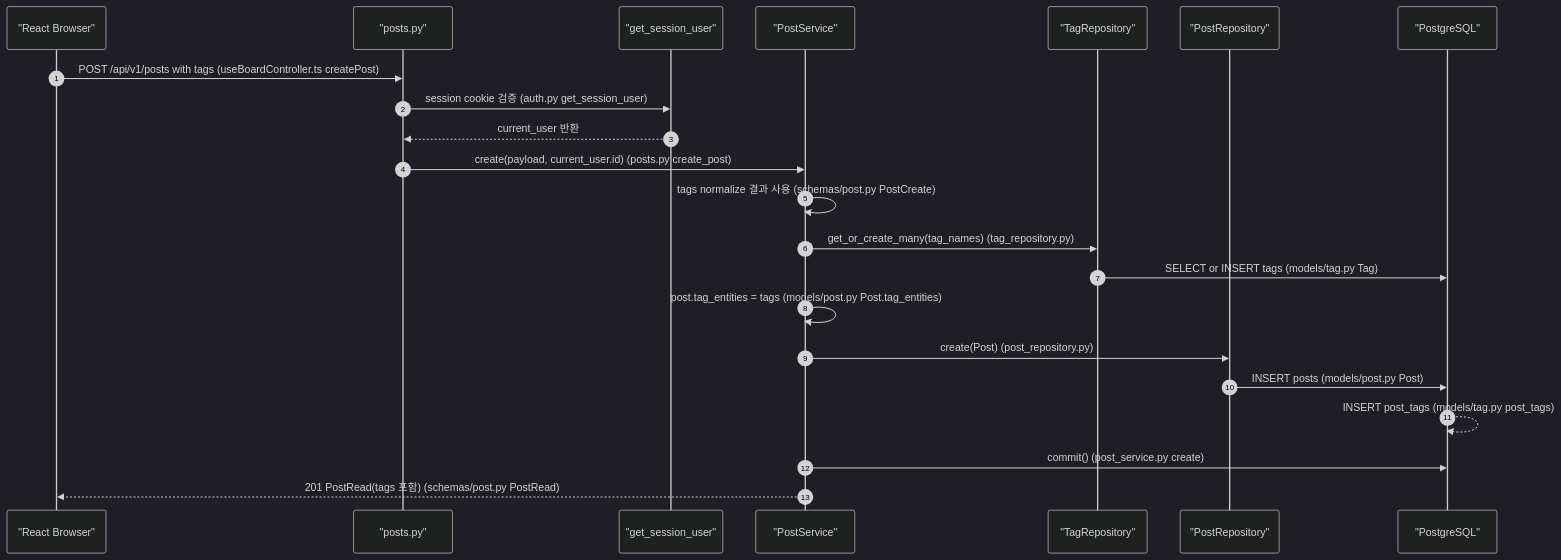
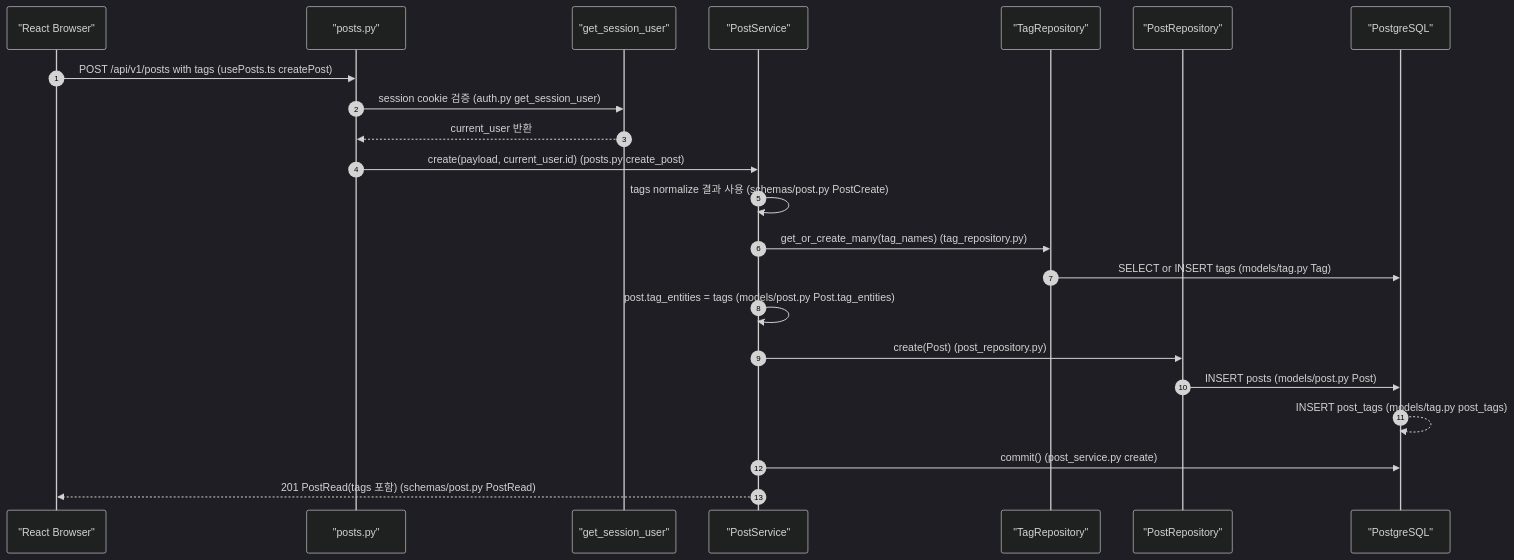
The second of 6 diagrams in docs2/sprint-4/implementation-record.md (JUNGLE-TEAM1/W16_team_sprint), drawn with Mermaid (dark theme) before and after one commit. The commit also changed other lines of this file and 7 other files, not shown here.

````diff
--- a/docs2/sprint-4/implementation-record.md
+++ b/docs2/sprint-4/implementation-record.md
@@ -329,25 +355,25 @@
 ```mermaid
 sequenceDiagram
     autonumber
     participant Browser as "React Browser"
     participant Router as "posts.py"
     participant Auth as "get_session_user"
     participant Service as "PostService"
     participant TagRepo as "TagRepository"
     participant PostRepo as "PostRepository"
     participant DB as "PostgreSQL"
 
-    Browser->>Router: POST /api/v1/posts with tags (useBoardController.ts createPost)
+    Browser->>Router: POST /api/v1/posts with tags (usePosts.ts createPost)
     Router->>Auth: session cookie 검증 (auth.py get_session_user)
     Auth-->>Router: current_user 반환
     Router->>Service: create(payload, current_user.id) (posts.py create_post)
     Service->>Service: tags normalize 결과 사용 (schemas/post.py PostCreate)
     Service->>TagRepo: get_or_create_many(tag_names) (tag_repository.py)
     TagRepo->>DB: SELECT or INSERT tags (models/tag.py Tag)
     Service->>Service: post.tag_entities = tags (models/post.py Post.tag_entities)
     Service->>PostRepo: create(Post) (post_repository.py)
     PostRepo->>DB: INSERT posts (models/post.py Post)
     DB-->>DB: INSERT post_tags (models/tag.py post_tags)
     Service->>DB: commit() (post_service.py create)
     Service-->>Browser: 201 PostRead(tags 포함) (schemas/post.py PostRead)
 ```
````
